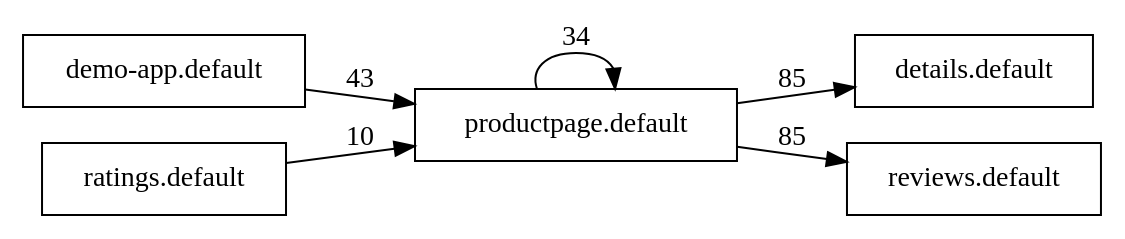
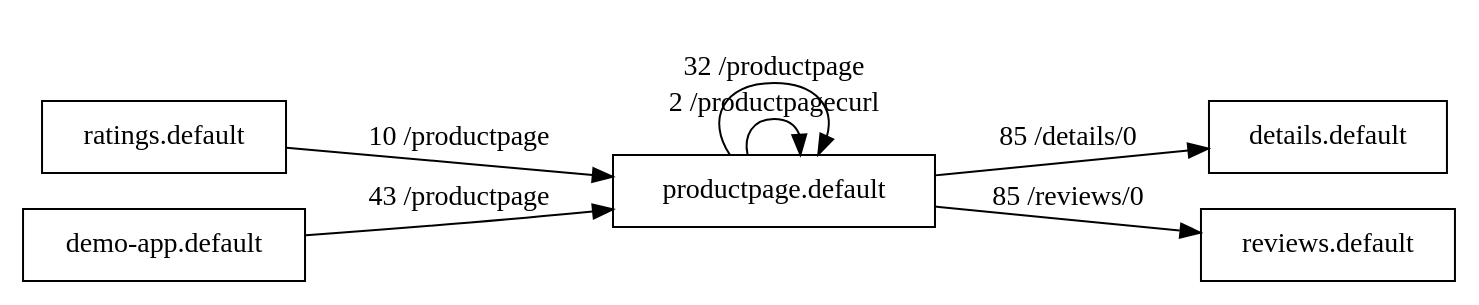
Before and after one commit to the-redback/istio-log-parsing: the diagram in example/example.dot, drawn with Graphviz. The commit also changed 8 other files, not shown here.

```diff
--- a/example/example.dot
+++ b/example/example.dot
@@ -1,9 +1,10 @@
 digraph cil_rad {
 rankdir = LR;
 node [shape=box];
-"productpage.default"  -> "productpage.default" [ label = "34" ];
-"productpage.default"  -> "details.default" [ label = "85" ];
-"demo-app.default"  -> "productpage.default" [ label = "43" ];
-"productpage.default"  -> "reviews.default" [ label = "85" ];
-"ratings.default"  -> "productpage.default" [ label = "10" ];
+"ratings.default"  -> "productpage.default" [ label = "10 /productpage" ];
+"productpage.default"  -> "details.default" [ label = "85 /details/0" ];
+"productpage.default"  -> "reviews.default" [ label = "85 /reviews/0" ];
+"productpage.default"  -> "productpage.default" [ label = "2 /productpagecurl" ];
+"demo-app.default"  -> "productpage.default" [ label = "43 /productpage" ];
+"productpage.default"  -> "productpage.default" [ label = "32 /productpage" ];
 }
```
